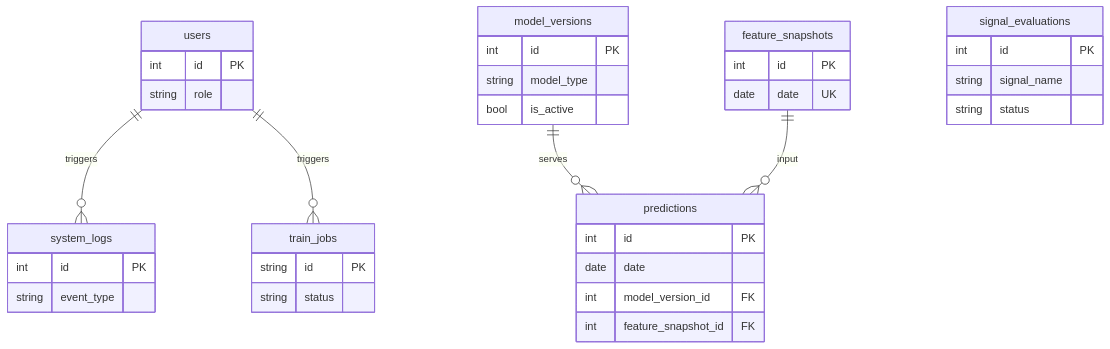
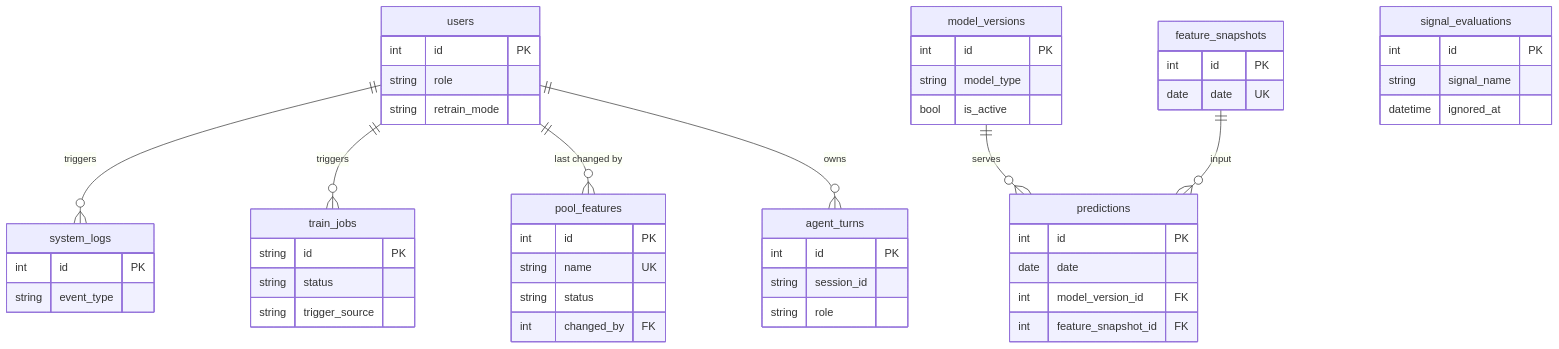
The fourth of 4 diagrams in docs/architecture.md (skang10/oil-signalyst), drawn with Mermaid before and after one commit. The commit also changed other lines of this file and 2 other files, not shown here.

First line of the commit message:
docs(architecture): bring all three architecture docs to current state

````diff
--- a/docs/architecture.md
+++ b/docs/architecture.md
@@ -114,40 +122,55 @@
 ```mermaid
 erDiagram
     users ||--o{ system_logs : triggers
     users ||--o{ train_jobs : triggers
+    users ||--o{ pool_features : "last changed by"
+    users ||--o{ agent_turns : owns
     model_versions ||--o{ predictions : serves
     feature_snapshots ||--o{ predictions : input
 
     users {
         int id PK
         string role
+        string retrain_mode
     }
     feature_snapshots {
         int id PK
         date date UK
     }
     model_versions {
         int id PK
         string model_type
         bool is_active
     }
     predictions {
         int id PK
         date date
         int model_version_id FK
         int feature_snapshot_id FK
     }
+    pool_features {
+        int id PK
+        string name UK
+        string status
+        int changed_by FK
+    }
     train_jobs {
         string id PK
         string status
+        string trigger_source
     }
     signal_evaluations {
         int id PK
         string signal_name
-        string status
+        datetime ignored_at
+    }
+    agent_turns {
+        int id PK
+        string session_id
+        string role
     }
     system_logs {
         int id PK
         string event_type
     }
 ```
````
